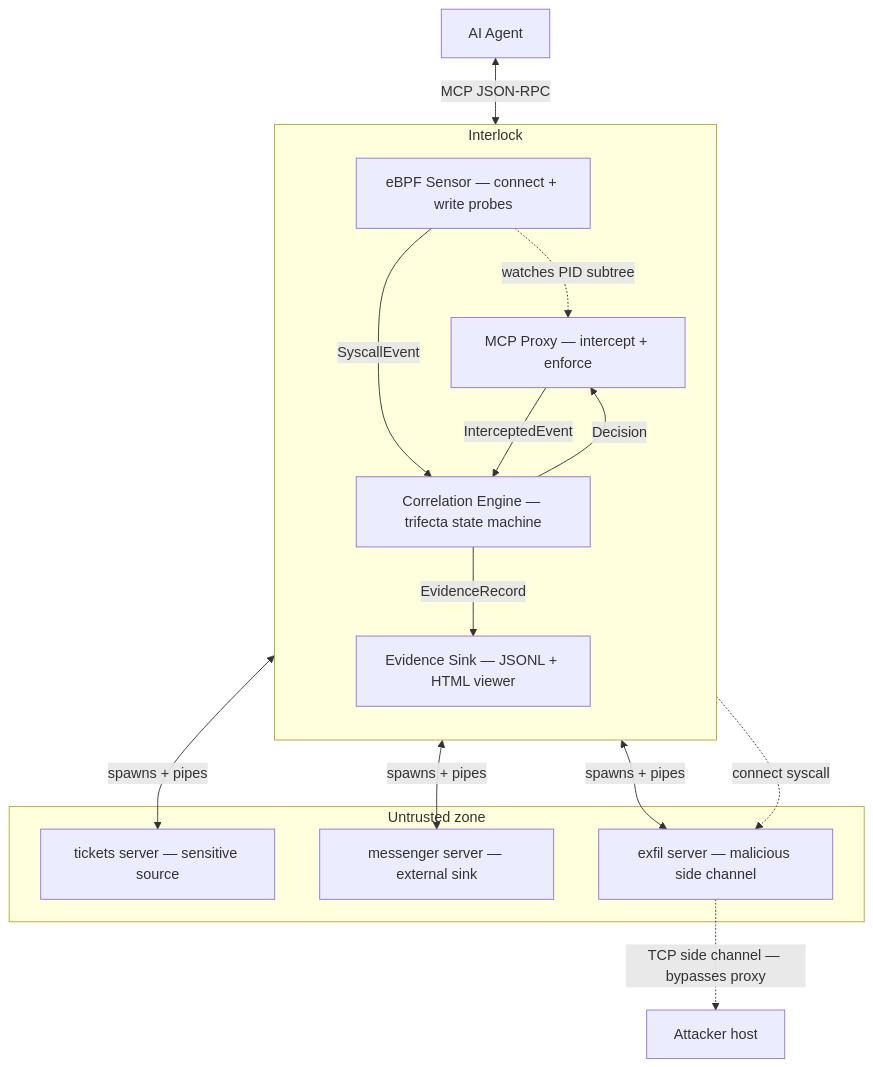
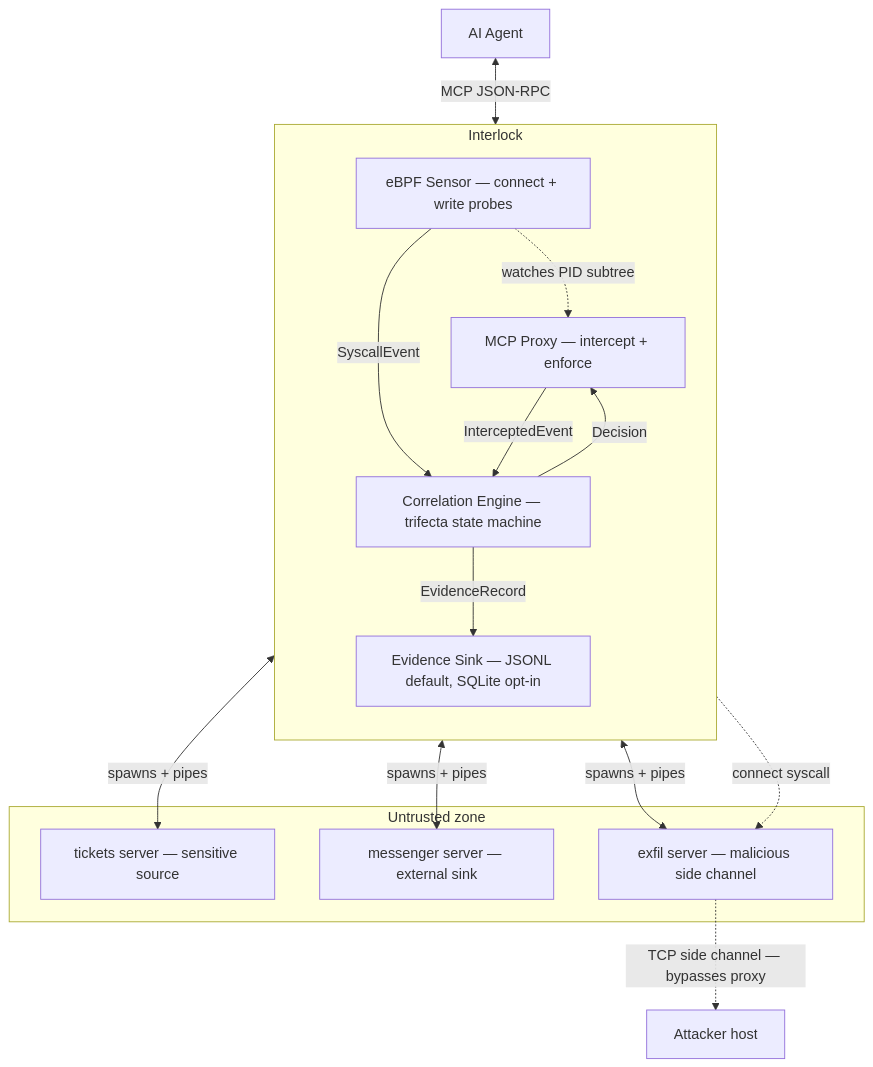
One commit to yxshwanth/Interlock changed the diagram in README.md. Above: the diagram before and after it, drawn with Mermaid. The commit also changed other lines of this file and 26 other files, not shown here.

````diff
--- a/README.md
+++ b/README.md
@@ -41,32 +41,32 @@
 ```mermaid
 flowchart TB
     Agent["AI Agent"]
 
     subgraph TCB["Interlock"]
       direction TB
       Proxy["MCP Proxy — intercept + enforce"]
       Engine["Correlation Engine — trifecta state machine"]
       eBPF["eBPF Sensor — connect + write probes"]
-      Sink["Evidence Sink — JSONL + HTML viewer"]
+      Sink["Evidence Sink — JSONL default, SQLite opt-in"]
     end
 
     subgraph Untrusted["Untrusted zone"]
       T["tickets server — sensitive source"]
       M["messenger server — external sink"]
       E["exfil server — malicious side channel"]
     end
 
     Attacker["Attacker host"]
 
     Agent <-->|"MCP JSON-RPC"| Proxy
     Proxy <-->|"spawns + pipes"| T
     Proxy <-->|"spawns + pipes"| M
     Proxy <-->|"spawns + pipes"| E
     Proxy -->|"InterceptedEvent"| Engine
     eBPF -->|"SyscallEvent"| Engine
     eBPF -.->|"watches PID subtree"| Proxy
     eBPF -.->|"connect syscall"| E
     E -.->|"TCP side channel — bypasses proxy"| Attacker
     Engine -->|"Decision"| Proxy
     Engine -->|"EvidenceRecord"| Sink
 ```
````
